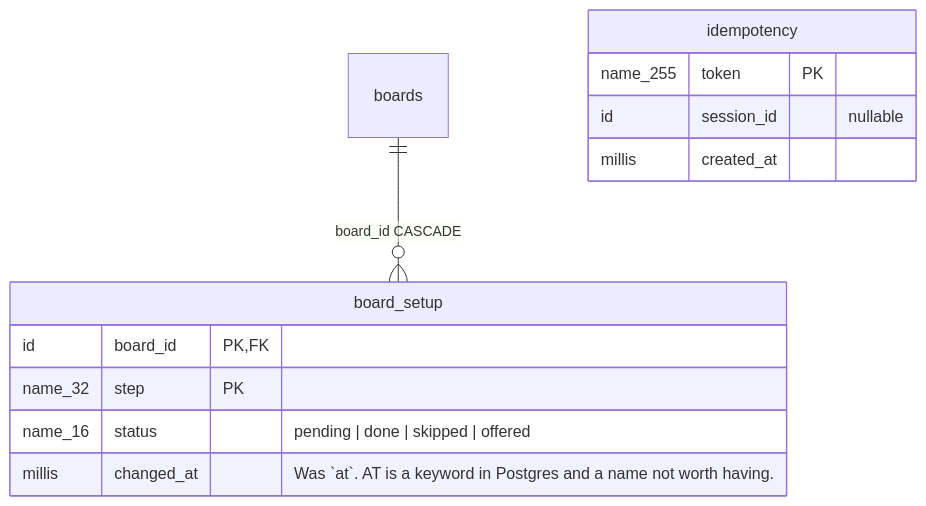
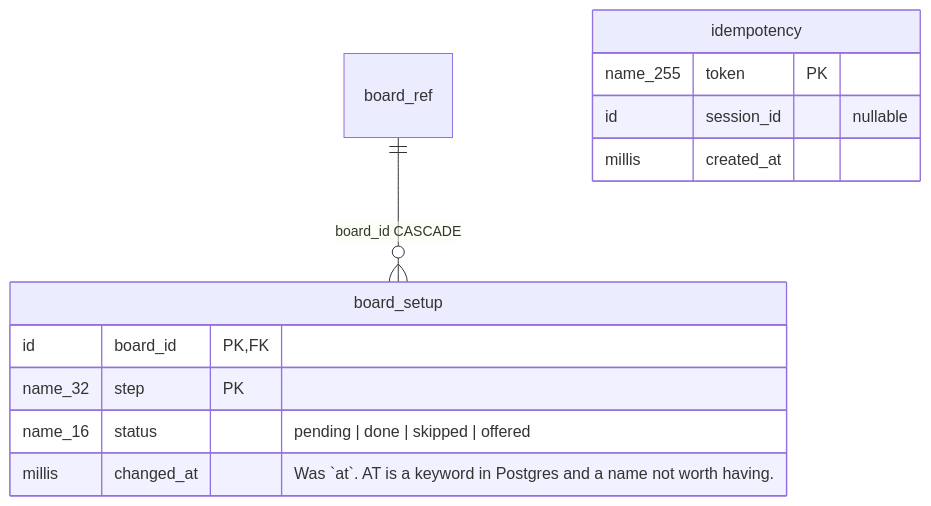
Before and after one commit to artipop/pourquoipas: the ninth of 9 diagrams in docs/schema/erd.md, drawn with Mermaid. The commit also changed other lines of this file and 10 other files, not shown here.

````diff
--- a/docs/schema/erd.md
+++ b/docs/schema/erd.md
@@ -489,16 +519,16 @@
 ```mermaid
 erDiagram
-    boards ||--o{ board_setup : "board_id CASCADE"
+    board_ref ||--o{ board_setup : "board_id CASCADE"
 
     idempotency {
         name_255 token PK
         id session_id "nullable"
         millis created_at
     }
     board_setup {
         id board_id PK, FK
         name_32 step PK
         name_16 status "pending | done | skipped | offered"
         millis changed_at "Was `at`. AT is a keyword in Postgres and a name not worth having."
     }
 ```
````
